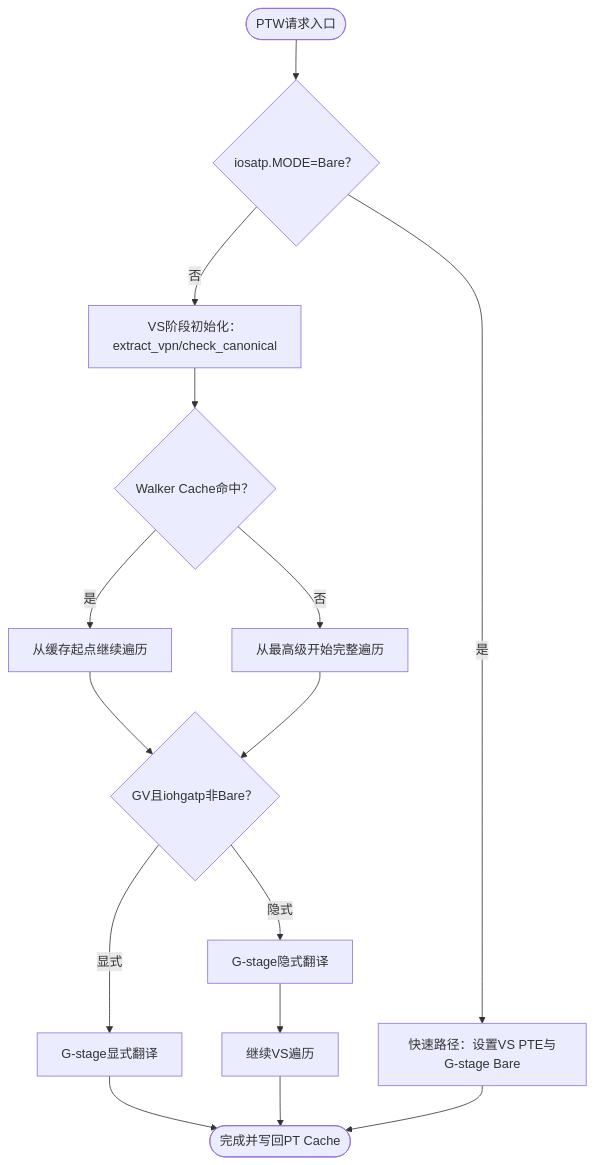
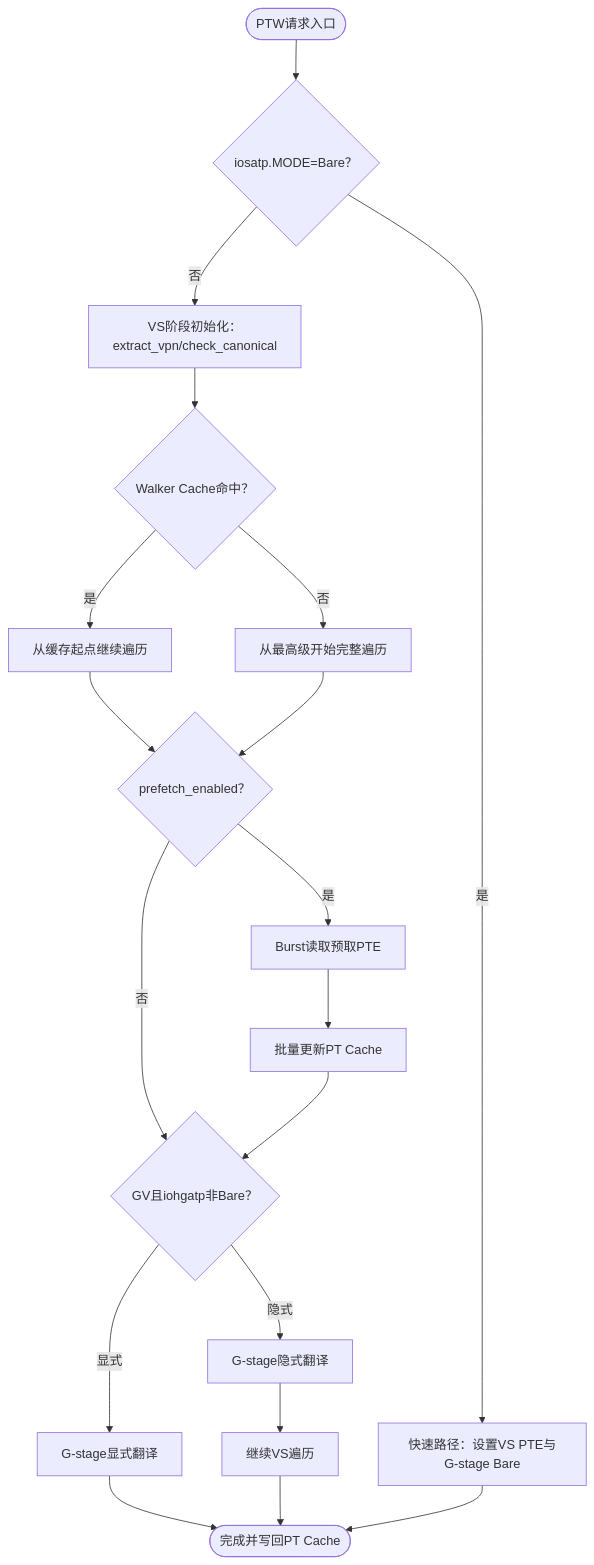
The seventh of 16 diagrams in .qoder/repowiki/zh/content/性能模型实现/性能模型实现.md (jiangjiang1122/iommu_model_20260401_v1), drawn with Mermaid before and after one commit. The commit also changed other lines of this file and 12 other files, not shown here.

````diff
--- a/.qoder/repowiki/zh/content/性能模型实现/性能模型实现.md
+++ b/.qoder/repowiki/zh/content/性能模型实现/性能模型实现.md
@@ -330,17 +354,21 @@
 ```mermaid
 flowchart TD
 Start(["PTW请求入口"]) --> Bare{"iosatp.MODE=Bare？"}
 Bare --> |是| BareFast["快速路径：设置VS PTE与G-stage Bare"]
 Bare --> |否| InitVS["VS阶段初始化：extract_vpn/check_canonical"]
 InitVS --> Walker{"Walker Cache命中？"}
 Walker --> |是| FromCache["从缓存起点继续遍历"]
 Walker --> |否| FullWalk["从最高级开始完整遍历"]
-FromCache --> GS{"GV且iohgatp非Bare？"}
-FullWalk --> GS
+FromCache --> Prefetch{"prefetch_enabled？"}
+FullWalk --> Prefetch
+Prefetch --> |是| Burst["Burst读取预取PTE"]
+Prefetch --> |否| GS{"GV且iohgatp非Bare？"}
+Burst --> Batch["批量更新PT Cache"]
+Batch --> GS
 GS --> |隐式| GSImp["G-stage隐式翻译"]
 GS --> |显式| GSExp["G-stage显式翻译"]
 GSImp --> Next["继续VS遍历"]
 GSExp --> Done(["完成并写回PT Cache"])
 Next --> Done
 BareFast --> Done
 ```
````
